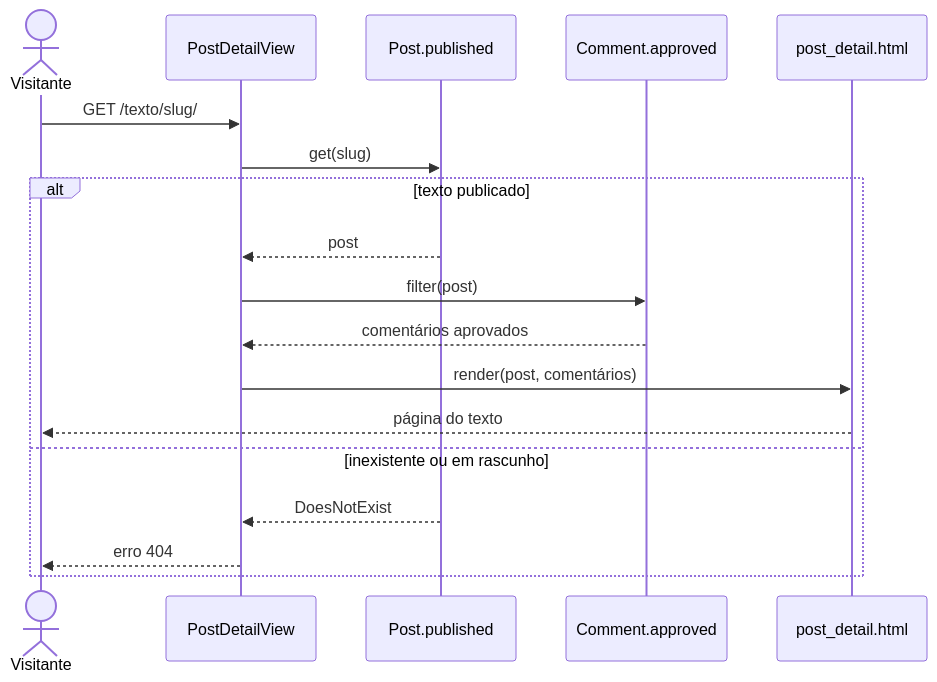
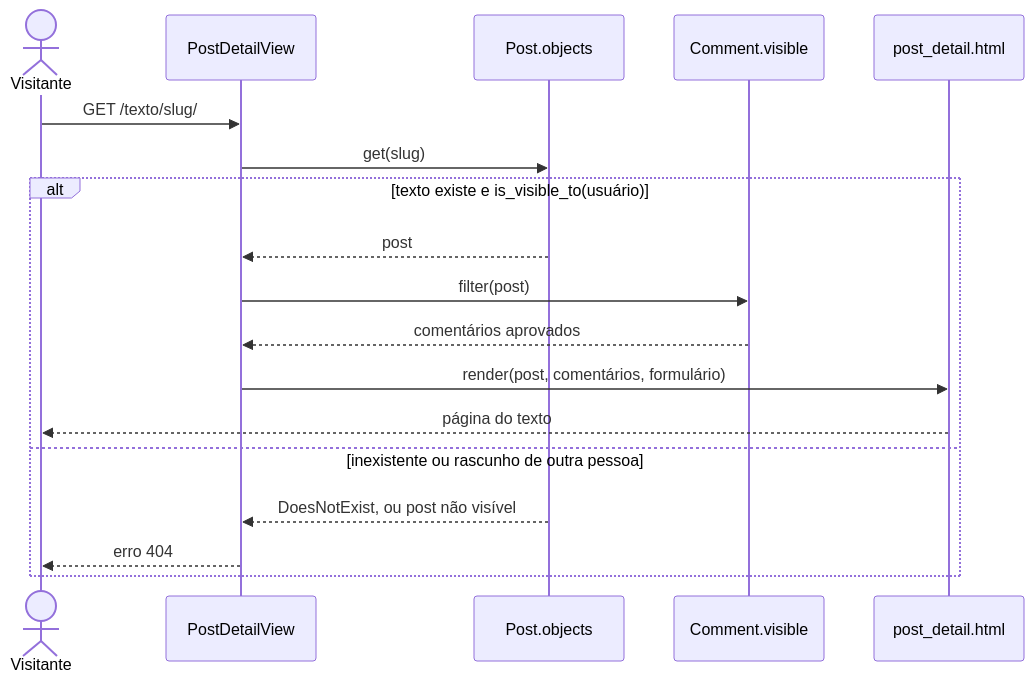
One commit to ataraxia-ppads/ataraxia-blog changed the diagram in docs/sequencia-de-projeto/UC02.md. Above: the diagram before and after it, drawn with Mermaid. The commit also changed other lines of this file and 19 other files, not shown here.

````diff
--- a/docs/sequencia-de-projeto/UC02.md
+++ b/docs/sequencia-de-projeto/UC02.md
@@ -3,20 +3,20 @@
 ```mermaid
 sequenceDiagram
     actor V as Visitante
     participant Vw as PostDetailView
-    participant P as Post.published
-    participant C as Comment.approved
+    participant P as Post.objects
+    participant C as Comment.visible
     participant T as post_detail.html
     V->>Vw: GET /texto/slug/
     Vw->>P: get(slug)
-    alt texto publicado
+    alt texto existe e is_visible_to(usuário)
         P-->>Vw: post
         Vw->>C: filter(post)
         C-->>Vw: comentários aprovados
-        Vw->>T: render(post, comentários)
+        Vw->>T: render(post, comentários, formulário)
         T-->>V: página do texto
-    else inexistente ou em rascunho
-        P-->>Vw: DoesNotExist
+    else inexistente ou rascunho de outra pessoa
+        P-->>Vw: DoesNotExist, ou post não visível
         Vw-->>V: erro 404
     end
 ```
````
